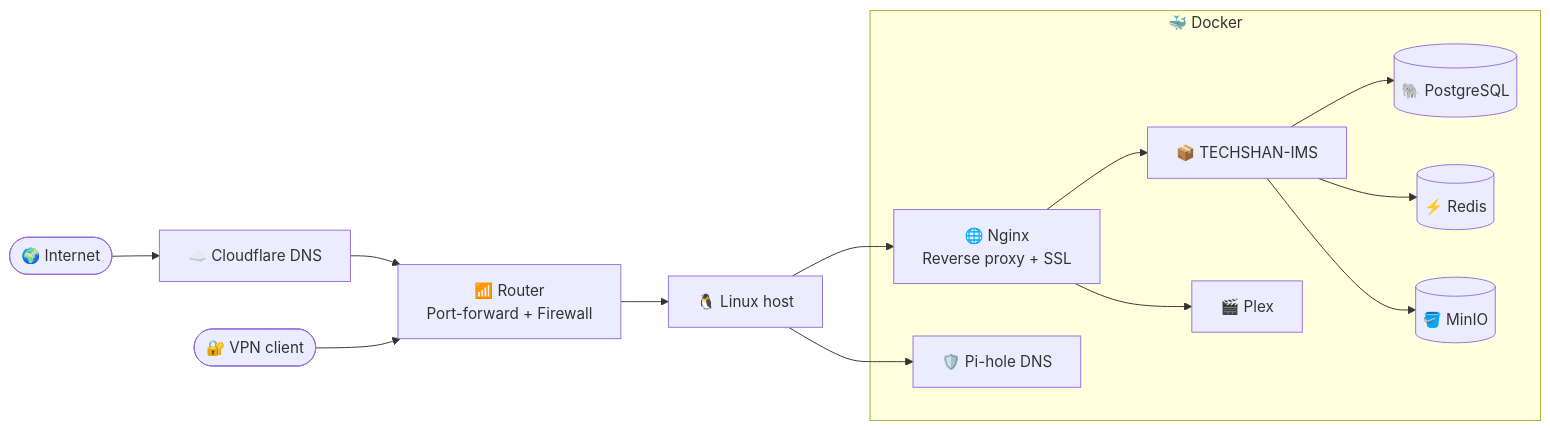
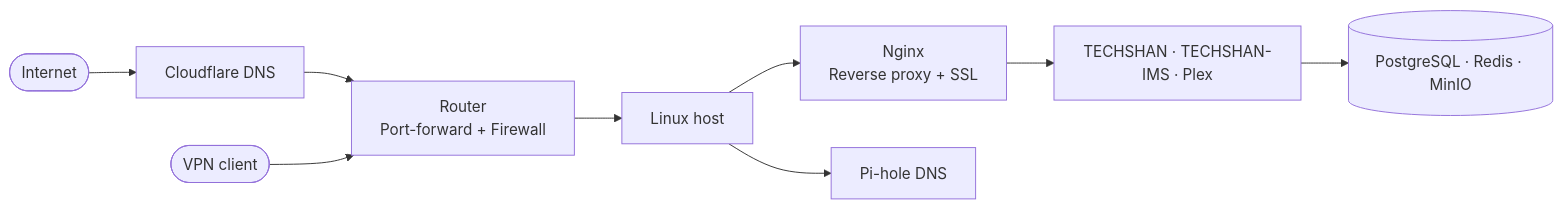
One commit to raushan2015/raushan2015 changed the diagram in README.md. Above: the diagram before and after it, drawn with Mermaid. The commit also changed other lines of this file and 6 other files, not shown here.

````diff
--- a/README.md
+++ b/README.md
@@ -64,18 +40,11 @@
 ```mermaid
 flowchart LR
-    U([🌍 Internet]) --> CF[☁️ Cloudflare DNS]
-    CF --> R[📶 Router<br/>Port-forward + Firewall]
-    V([🔐 VPN client]) --> R
-    R --> H[🐧 Linux host]
-    subgraph Docker["🐳 Docker"]
-        N[🌐 Nginx<br/>Reverse proxy + SSL]
-        N --> IMS[📦 TECHSHAN-IMS]
-        N --> PLEX[🎬 Plex]
-        IMS --> DB[(🐘 PostgreSQL)]
-        IMS --> RD[(⚡ Redis)]
-        IMS --> S3[(🪣 MinIO)]
-        PH[🛡️ Pi-hole DNS]
-    end
-    H --> N
-    H --> PH
+    U([Internet]) --> CF[Cloudflare DNS]
+    CF --> R[Router<br/>Port-forward + Firewall]
+    V([VPN client]) --> R
+    R --> H[Linux host]
+    H --> N[Nginx<br/>Reverse proxy + SSL]
+    H --> PH[Pi-hole DNS]
+    N --> APP[TECHSHAN · TECHSHAN-IMS · Plex]
+    APP --> DB[(PostgreSQL · Redis · MinIO)]
 ```
````
